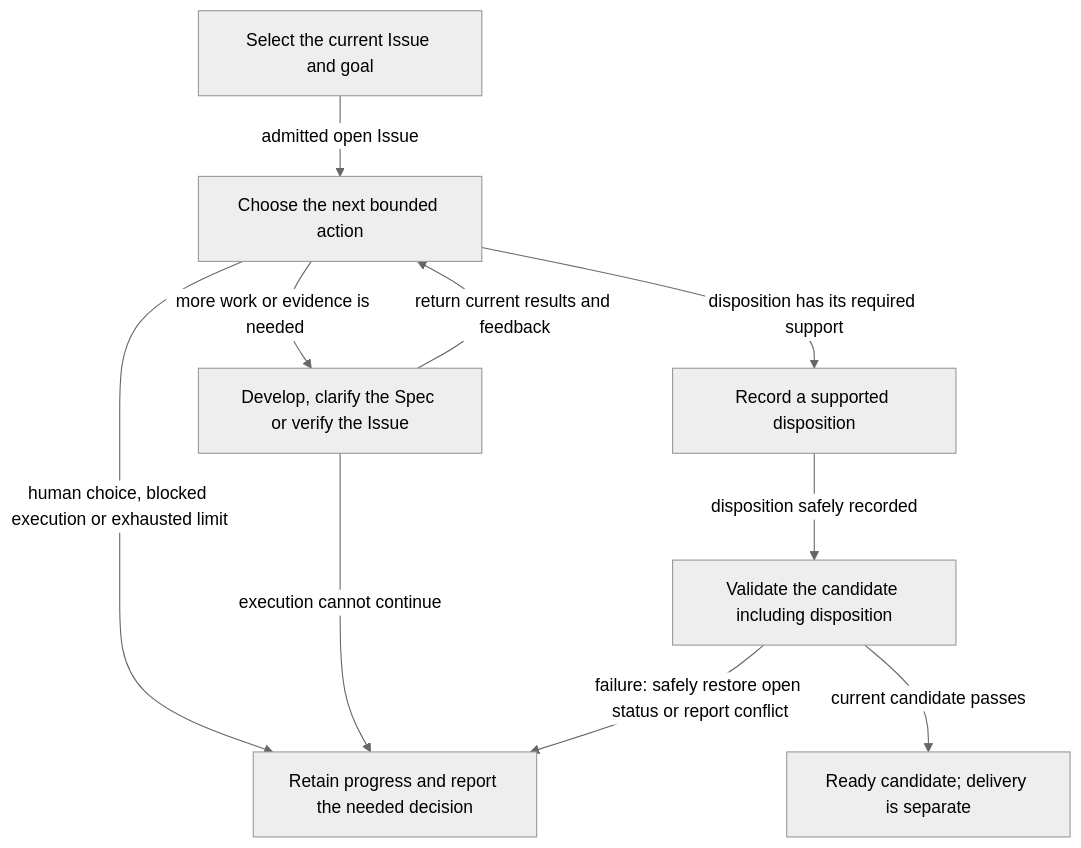
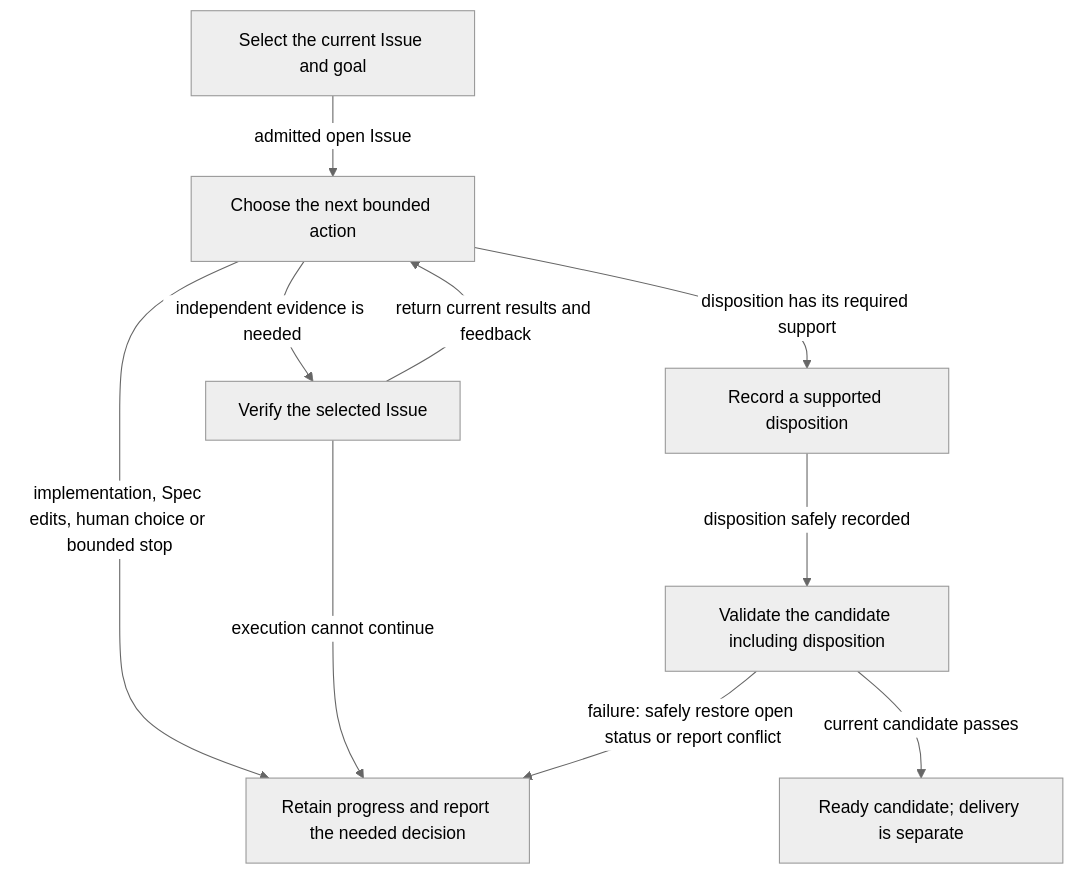
Before and after one commit to FTOD/concorde: the first of 2 diagrams in specs/concorde/issues/module.md, drawn with Mermaid (neutral theme). The commit also changed other lines of this file and 276 other files, not shown here.

````diff
--- a/specs/concorde/issues/module.md
+++ b/specs/concorde/issues/module.md
@@ -87,21 +86,21 @@
 ```mermaid
 flowchart TB
     accTitle: Issue solving flow overview
-    accDescr: Select one Issue, make bounded decisions, and use ordinary development, Spec repair or independent verification as needed. A supported disposition is written before final candidate validation. Stops retain progress; failed final validation leaves the Issue open subject to safe restoration.
+    accDescr: Select one Issue, make bounded decisions, and return needed work to the caller or request independent verification. A supported disposition is written before final candidate validation. Stops retain progress; failed final validation leaves the Issue open subject to safe restoration.
     selection["Select the current Issue and goal"]
     decision["Choose the next bounded action"]
-    work["Develop, clarify the Spec or verify the Issue"]
+    work["Verify the selected Issue"]
     close["Record a supported disposition"]
     check["Validate the candidate including disposition"]
     ready["Ready candidate; delivery is separate"]
     stop["Retain progress and report the needed decision"]
     selection -->|admitted open Issue| decision
-    decision -->|more work or evidence is needed| work
+    decision -->|independent evidence is needed| work
     work -->|return current results and feedback| decision
     decision -->|disposition has its required support| close
-    decision -->|human choice, blocked execution or exhausted limit| stop
+    decision -->|implementation, Spec edits, human choice or bounded stop| stop
     work -->|execution cannot continue| stop
     close -->|disposition safely recorded| check
     check -->|current candidate passes| ready
     check -->|failure: safely restore open status or report conflict| stop
 ```
````
